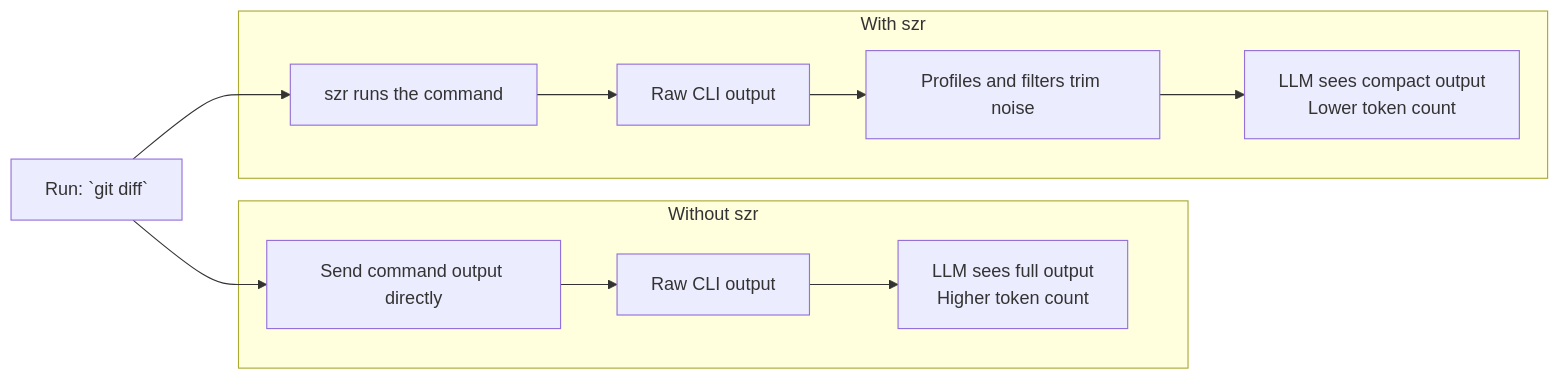
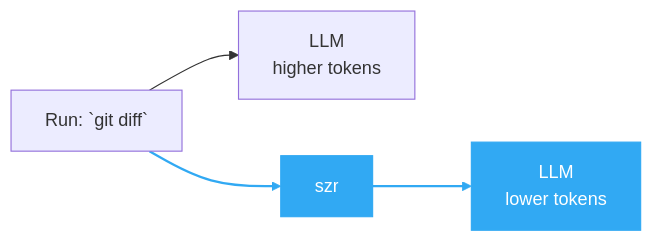
Before and after one commit to devr-tools/szr: the diagram in README.md, drawn with Mermaid. The commit also changed 1 other file, not shown here.

````diff
--- a/README.md
+++ b/README.md
@@ -11,22 +11,11 @@
 ```mermaid
 flowchart LR
   C["Run: `git diff`"]
+  C --> W["LLM<br/>higher tokens"]
+  C --> Z["szr"]
+  Z --> L["LLM<br/>lower tokens"]
 
-  subgraph W["Without szr"]
-    D[Send command output directly]
-    O1[Raw CLI output]
-    L1["LLM sees full output<br/>Higher token count"]
-    D --> O1 --> L1
-  end
-
-  subgraph S["With szr"]
-    Z[szr runs the command]
-    O2[Raw CLI output]
-    F[Profiles and filters trim noise]
-    L2["LLM sees compact output<br/>Lower token count"]
-    Z --> O2 --> F --> L2
-  end
-
-  C --> D
-  C --> Z
+  classDef blue fill:#31A9F3,stroke:#31A9F3,color:#ffffff;
+  class Z,L blue;
+  linkStyle 1,2 stroke:#31A9F3,stroke-width:2px;
 ```
````
